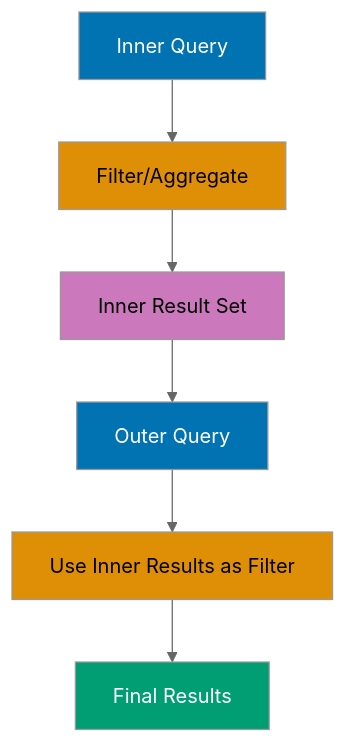
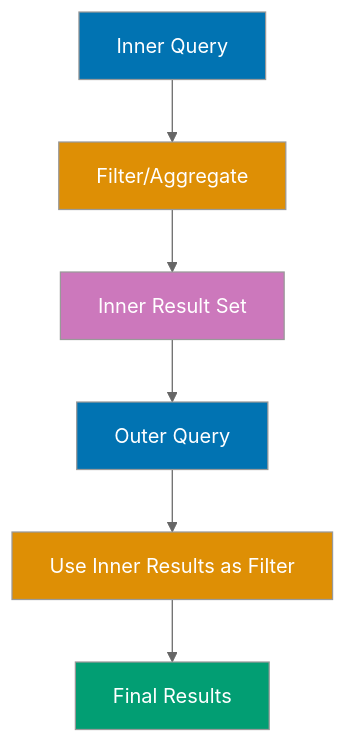
Before and after one commit to wahidyankf/open-sharia-enterprise: diagram 12 of 13 in apps/ayokoding-web/content/en/learn/software-engineering/data/tools/elixir-ecto/by-example/intermediate.md, drawn with Mermaid (neutral theme). The commit also changed other lines of this file and 61 other files, not shown here.

First line of the commit message:
fix(ayokoding-web): quote Mermaid node labels with special characters in Example 63

````diff
--- a/apps/ayokoding-web/content/en/learn/software-engineering/data/tools/elixir-ecto/by-example/intermediate.md
+++ b/apps/ayokoding-web/content/en/learn/software-engineering/data/tools/elixir-ecto/by-example/intermediate.md
@@ -1660,17 +1660,17 @@
 ```mermaid
 %% Color Palette: Blue #0173B2, Orange #DE8F05, Teal #029E73, Purple #CC78BC, Brown #CA9161
 %%  Subquery Composition
 graph TD
     A[Inner Query] --> B[Filter/Aggregate]
     B --> C[Inner Result Set]
     C --> D[Outer Query]
     D --> E[Use Inner Results as Filter]
     E --> F[Final Results]
 
     style A fill:#0173B2,color:#fff
-    style B fill:#DE8F05,color:#000
-    style C fill:#CC78BC,color:#000
+    style B fill:#DE8F05,color:#fff
+    style C fill:#CC78BC,color:#fff
     style D fill:#0173B2,color:#fff
-    style E fill:#DE8F05,color:#000
+    style E fill:#DE8F05,color:#fff
     style F fill:#029E73,color:#fff
 ```
````
